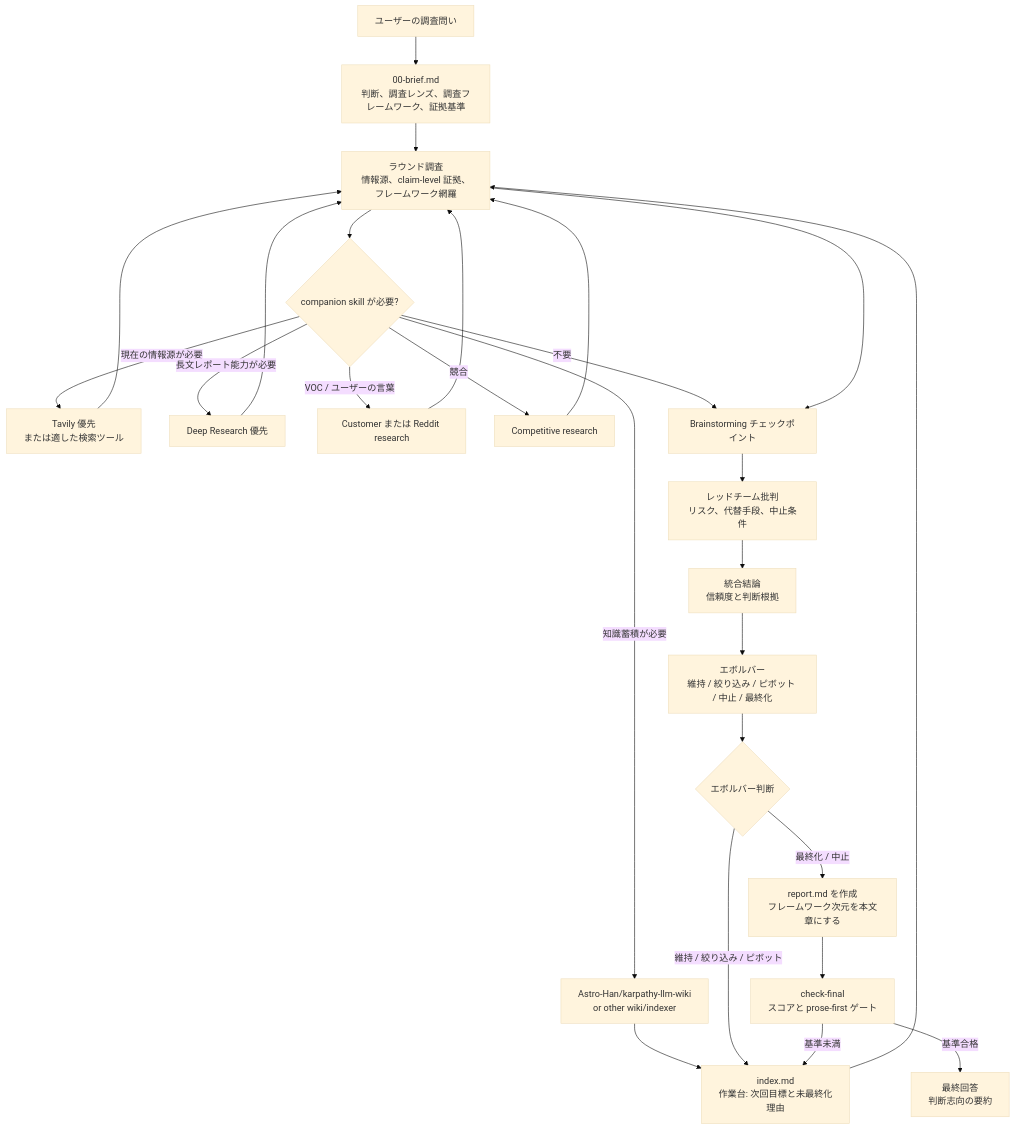
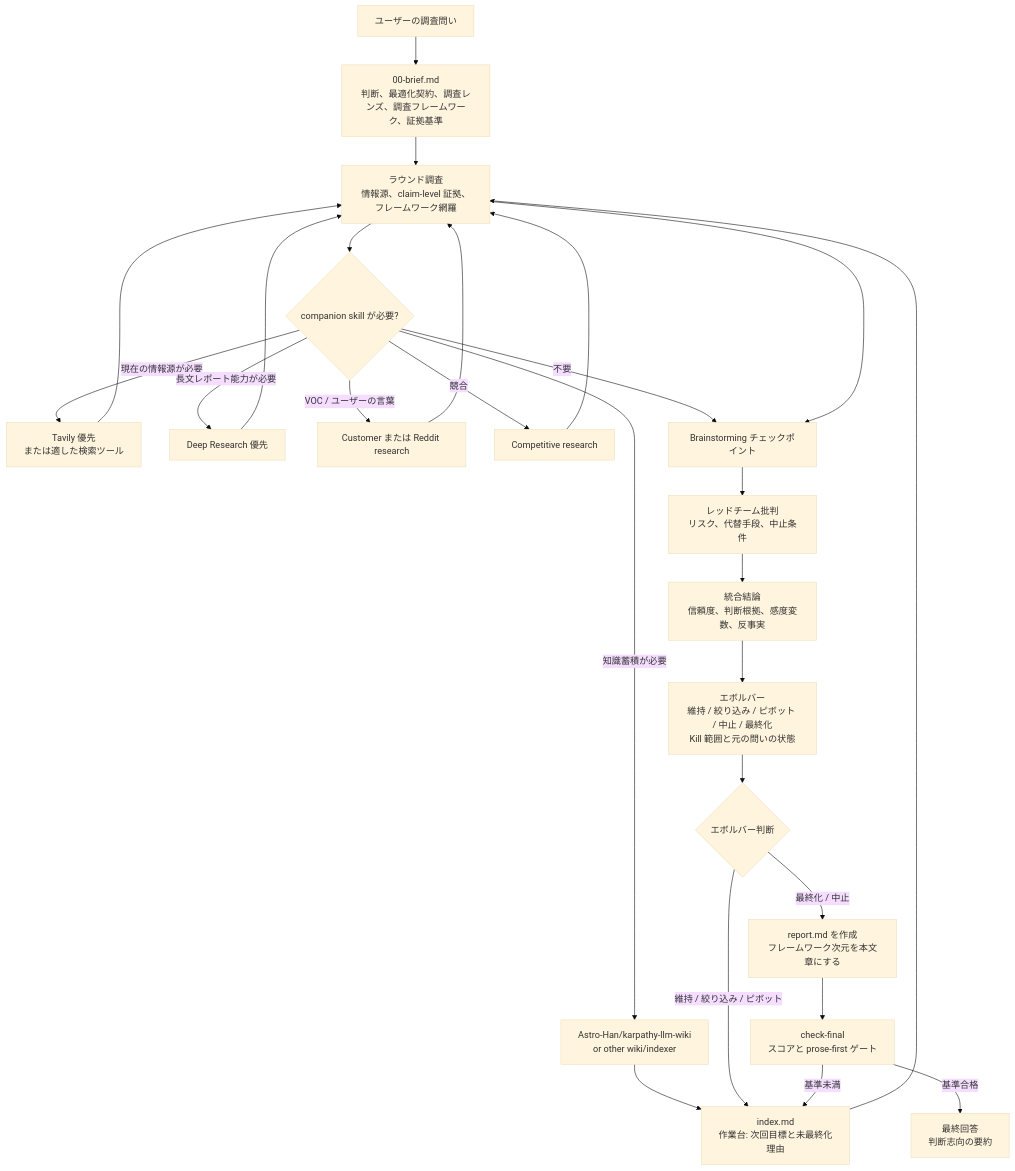
Before and after one commit to GoatGit/super-survey: the diagram in README.ja.md, drawn with Mermaid (base theme). The commit also changed other lines of this file and 6 other files, not shown here.

````diff
--- a/README.ja.md
+++ b/README.ja.md
@@ -198,28 +200,28 @@
 ```mermaid
 flowchart TD
-    A[ユーザーの調査問い] --> B[00-brief.md<br/>判断、調査レンズ、調査フレームワーク、証拠基準]
+    A[ユーザーの調査問い] --> B[00-brief.md<br/>判断、最適化契約、調査レンズ、調査フレームワーク、証拠基準]
     B --> C[ラウンド調査<br/>情報源、claim-level 証拠、フレームワーク網羅]
     C --> D{companion skill が必要?}
     D -->|現在の情報源が必要| D1[Tavily 優先<br/>または適した検索ツール]
     D -->|長文レポート能力が必要| D2[Deep Research 優先]
     D -->|VOC / ユーザーの言葉| D3[Customer または Reddit research]
     D -->|競合| D4[Competitive research]
     D -->|知識蓄積が必要| D5[Astro-Han/karpathy-llm-wiki<br/>or other wiki/indexer]
     D -->|不要| E[Brainstorming チェックポイント]
     D1 --> C
     D2 --> C
     D3 --> C
     D4 --> C
     D5 --> I[index.md]
     C --> E[Brainstorming チェックポイント]
     E --> F[レッドチーム批判<br/>リスク、代替手段、中止条件]
-    F --> G[統合結論<br/>信頼度と判断根拠]
-    G --> H[エボルバー<br/>維持 / 絞り込み / ピボット / 中止 / 最終化]
+    F --> G[統合結論<br/>信頼度、判断根拠、感度変数、反事実]
+    G --> H[エボルバー<br/>維持 / 絞り込み / ピボット / 中止 / 最終化<br/>Kill 範囲と元の問いの状態]
     H --> Q{エボルバー判断}
     Q -->|維持 / 絞り込み / ピボット| I[index.md<br/>作業台: 次回目標と未最終化理由]
     I --> C
     Q -->|最終化 / 中止| J[report.md を作成<br/>フレームワーク次元を本文章にする]
     J --> R[check-final<br/>スコアと prose-first ゲート]
     R -->|基準未満| I
     R -->|基準合格| K[最終回答<br/>判断志向の要約]
 ```
````
